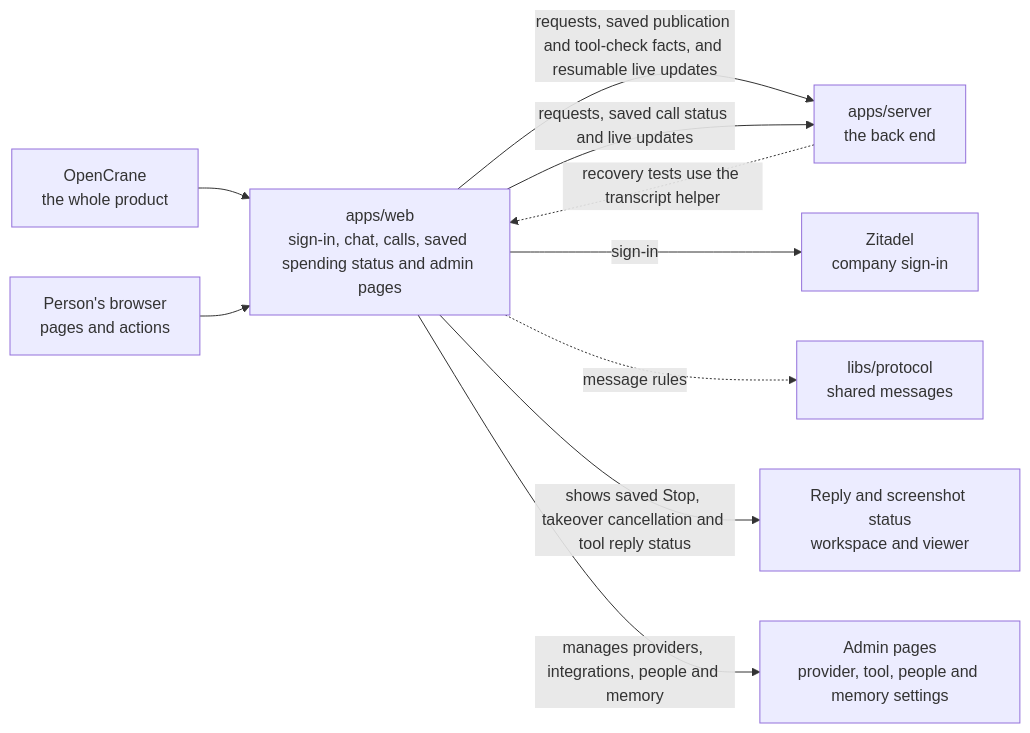
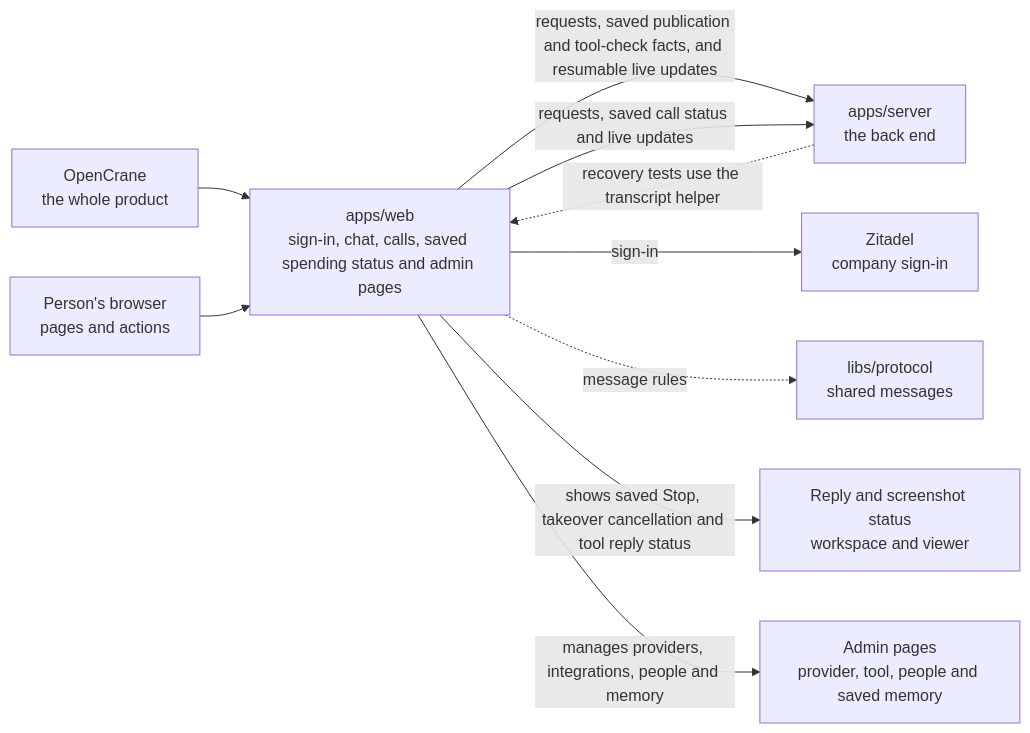
The diagram in apps/web/README.md (elewa-git/opencrane-new), drawn with Mermaid before and after one commit. The commit also changed other lines of this file and 19 other files, not shown here.

````diff
--- a/apps/web/README.md
+++ b/apps/web/README.md
@@ -16,12 +16,12 @@
 ```mermaid
 flowchart LR
   system["OpenCrane<br/>the whole product"] --> web["apps/web<br/>the website"]
   browser["Person's browser<br/>pages and actions"] --> web
   web -->|requests, saved publication and tool-check facts, and resumable live updates| server["apps/server<br/>the back end"]
   server -.->|recovery tests use the transcript helper| web
   web["apps/web<br/>sign-in, chat, calls, saved spending status and admin pages"] -->|requests, saved call status and live updates| server["apps/server<br/>the back end"]
   web -->|sign-in| zitadel["Zitadel<br/>company sign-in"]
   web -.->|message rules| protocol["libs/protocol<br/>shared messages"]
   web -->|shows saved Stop, takeover cancellation and tool reply status| capture["Reply and screenshot status<br/>workspace and viewer"]
-  web -->|manages providers, integrations, people and memory| admin["Admin pages<br/>provider, tool, people and memory settings"]
+  web -->|manages providers, integrations, people and memory| admin["Admin pages<br/>provider, tool, people and saved memory"]
 ```
````
